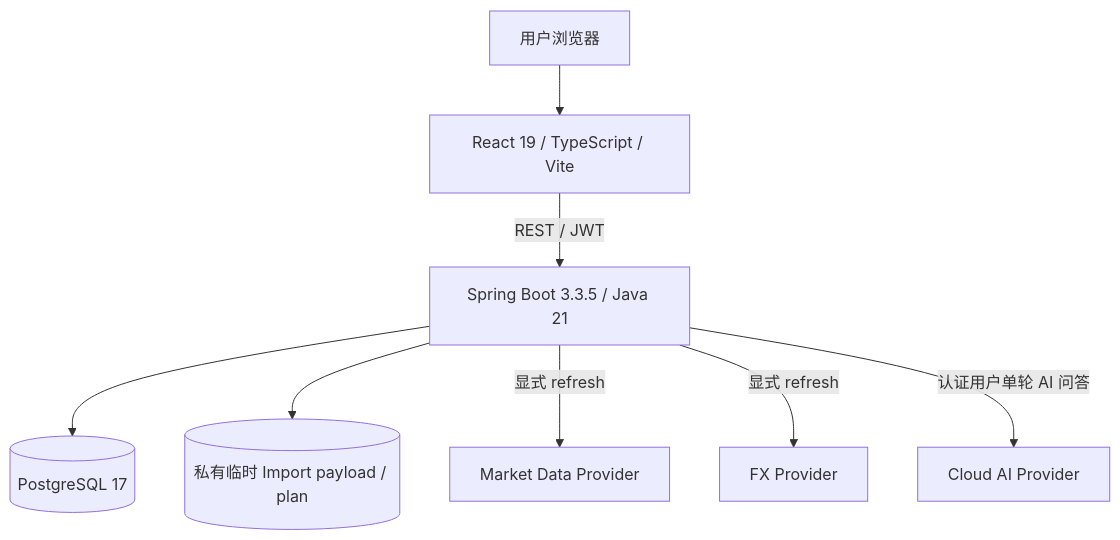
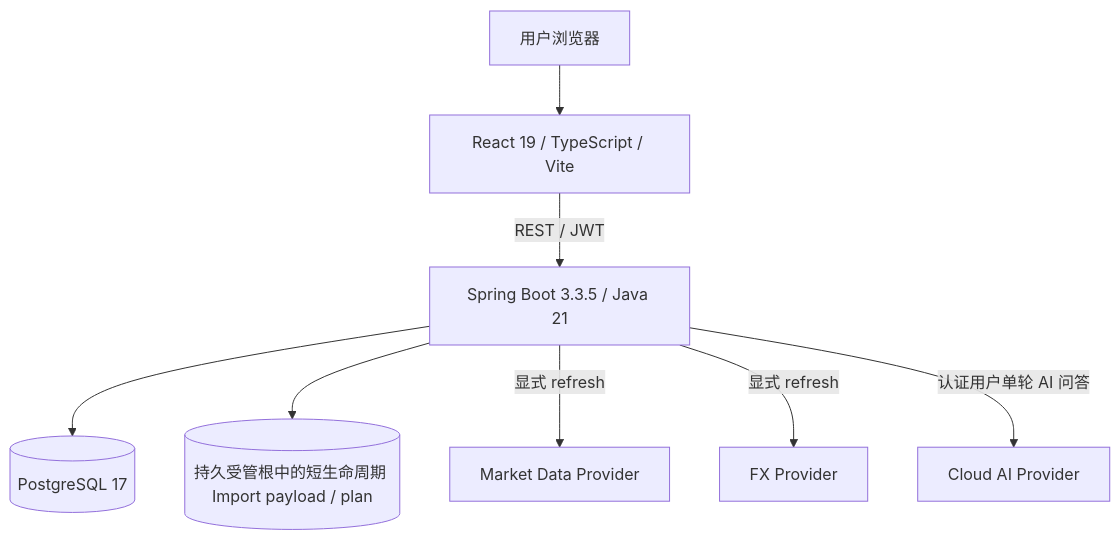
The first of 2 diagrams in docs/architecture/current-architecture.md (qianlixunbai/Personal-Finance-OS), drawn with Mermaid before and after one commit. The commit also changed other lines of this file and 8 other files, not shown here.

Commit message:
docs(finance): align schema security and deployment documentation

````diff
--- a/docs/architecture/current-architecture.md
+++ b/docs/architecture/current-architecture.md
@@ -9,19 +9,19 @@
 ```mermaid
 flowchart TB
     USER[用户浏览器]
     FE[React 19 / TypeScript / Vite]
     API[Spring Boot 3.3.5 / Java 21]
     DB[(PostgreSQL 17)]
-    FILES[(私有临时 Import payload / plan)]
+    FILES[(持久受管根中的短生命周期 Import payload / plan)]
     MARKET[Market Data Provider]
     FX[FX Provider]
     AI[Cloud AI Provider]
 
     USER --> FE
     FE -->|REST / JWT| API
     API --> DB
     API --> FILES
     API -->|显式 refresh| MARKET
     API -->|显式 refresh| FX
     API -->|认证用户单轮 AI 问答| AI
 ```
````
